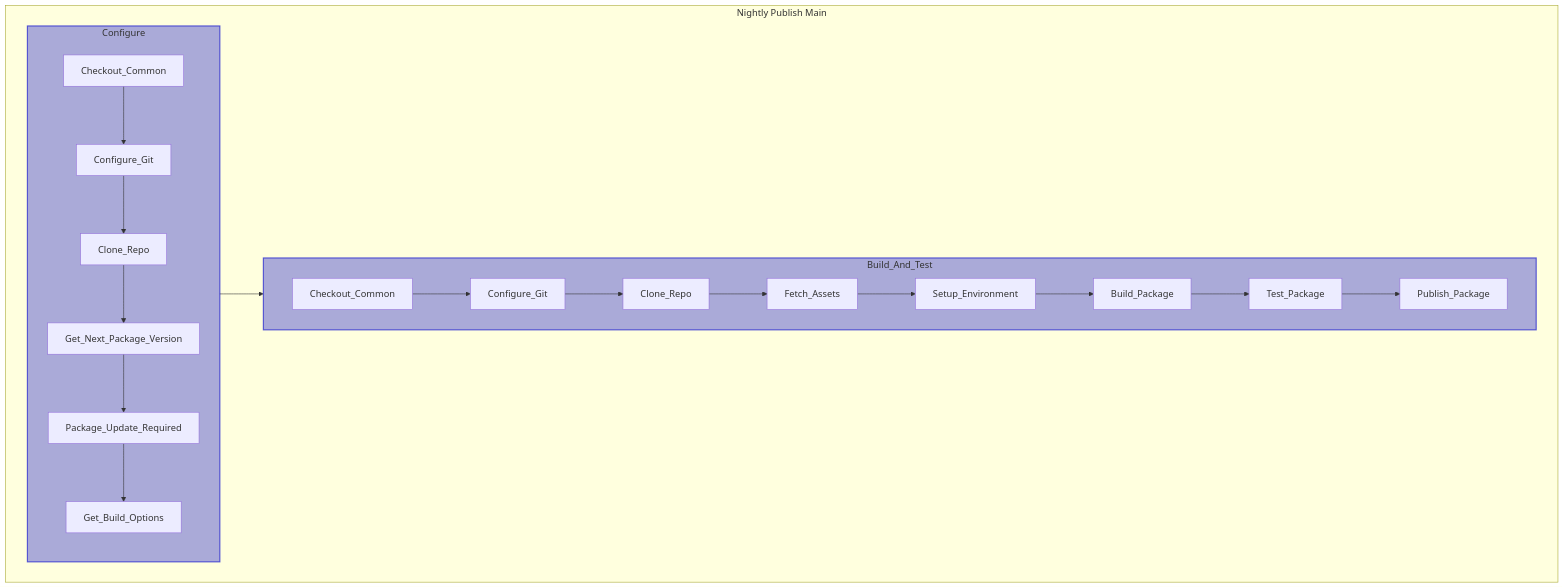
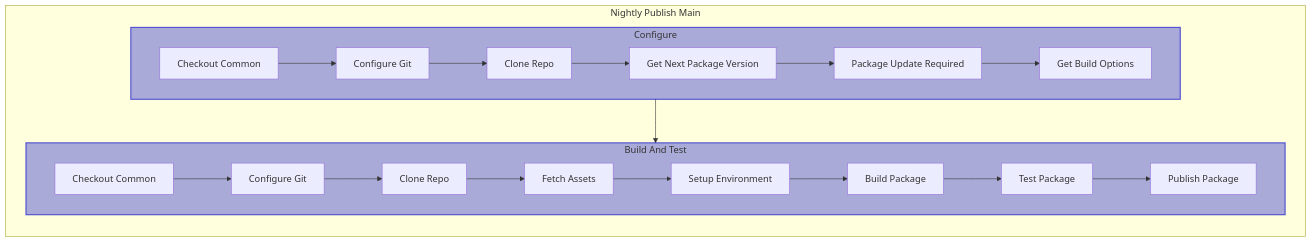
One commit to postindustria-tech/common-ci changed the first of 4 diagrams in README.md. Above: the diagram before and after it, drawn with Mermaid. The commit also changed other lines of this file, not shown here.

Commit message:
DOC: Changed flow charts to be left to right.

````diff
--- a/README.md
+++ b/README.md
@@ -37,42 +37,44 @@
 ``` mermaid
-flowchart TD;
+flowchart LR;
 subgraph Nightly Publish Main
 conf --> bat
 end
 
 subgraph conf[Configure]
+direction LR
 style conf fill:#00C5,stroke:#00C9,stroke-width:2px;
-A[Checkout_Common]
-B[Configure_Git]
-C[Clone_Repo]
-D[Get_Next_Package_Version]
-E[Package_Update_Required]
-F[Get_Build_Options]
+A[Checkout Common]
+B[Configure Git]
+C[Clone Repo]
+D[Get Next Package Version]
+E[Package Update Required]
+F[Get Build Options]
 end
 
-subgraph bat[Build_And_Test]
+subgraph bat[Build And Test]
+direction LR
 style bat fill:#00C5,stroke: #00C9,stroke-width:2px;
-Z[Checkout_Common]
-Y[Configure_Git]
-X[Clone_Repo]
-W[Fetch_Assets]
-V[Setup_Environment]
-U[Build_Package]
-T[Test_Package]
-S[Publish_Package]
+Z[Checkout Common]
+Y[Configure Git]
+X[Clone Repo]
+W[Fetch Assets]
+V[Setup Environment]
+U[Build Package]
+T[Test Package]
+S[Publish Package]
 end
 
 A --> B;
 B --> C;
 C --> D;
 D --> E;
 E --> F;
 
 Z --> Y;
 Y --> X;
 X --> W
 W --> V;
 V --> U;
 U --> T;
 T --> S;
 ```
````
